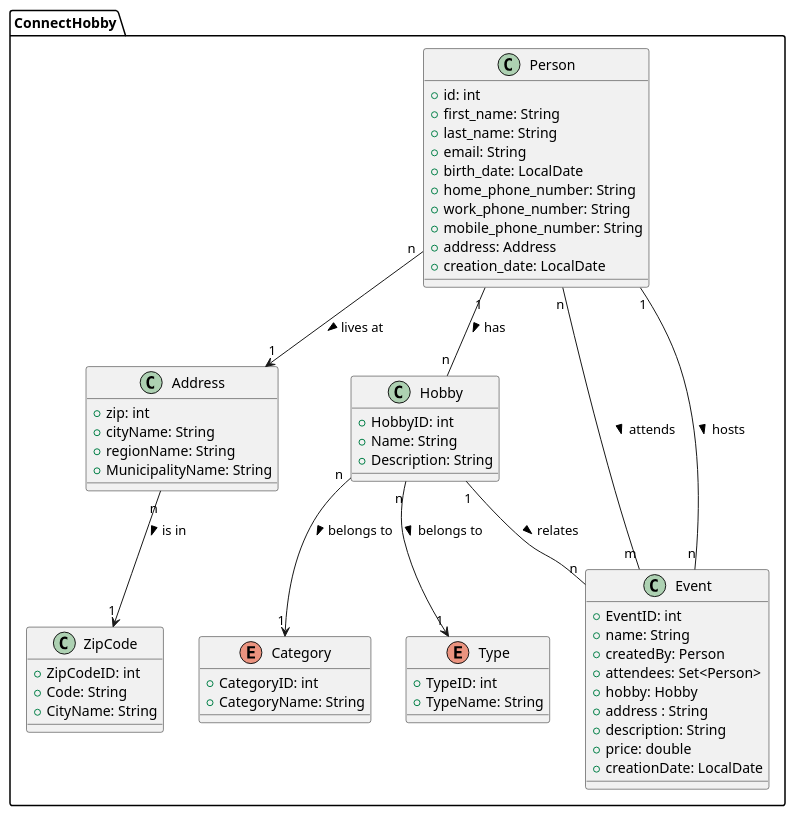
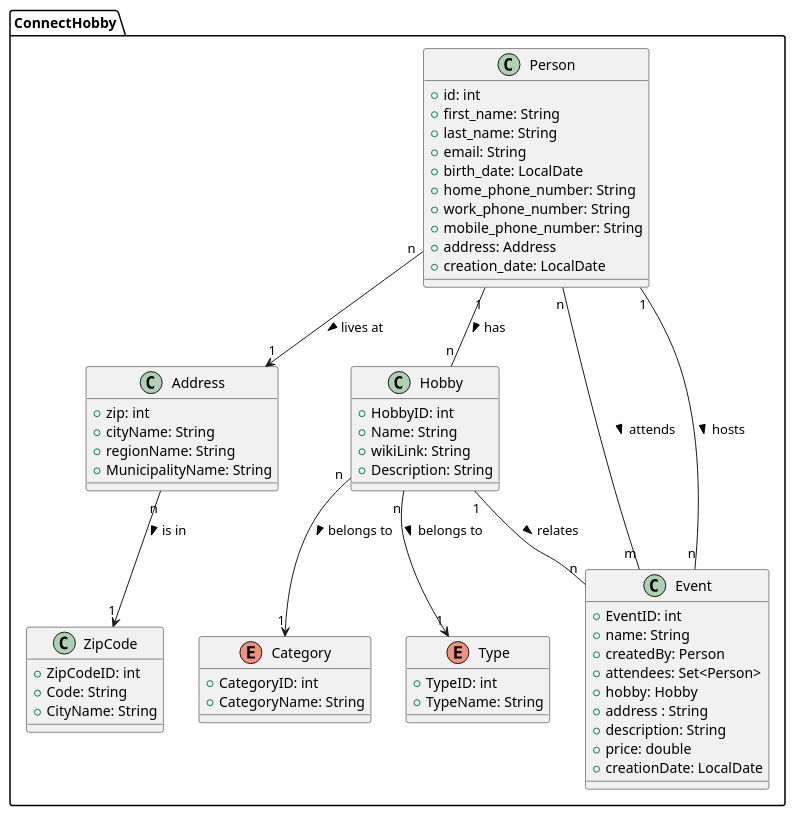
Before and after one commit to Peter537/Dat3-SP1: the diagram in DomainModel.puml, drawn with PlantUML.

Commit message:
domain model changes + changes in event

```diff
--- a/DomainModel.puml
+++ b/DomainModel.puml
@@ -1,70 +1,71 @@
 @startuml
 package ConnectHobby {
   class Person {
      + id: int
      + first_name: String
      + last_name: String
      + email: String
      + birth_date: LocalDate
      + home_phone_number: String
      + work_phone_number: String
      + mobile_phone_number: String
      + address: Address
      + creation_date: LocalDate
 
 
   }
 
   class Address {
      + zip: int
      + cityName: String
      + regionName: String
      + MunicipalityName: String
   }
 
   class ZipCode {
      + ZipCodeID: int
      + Code: String
      + CityName: String
   }
 
   class Hobby {
      + HobbyID: int
      + Name: String
+     + wikiLink: String
      + Description: String
   }
 
   enum Category {
      + CategoryID: int
      + CategoryName: String
   }
 
   enum Type {
      + TypeID: int
      + TypeName: String
   }
 
   class Event {
      + EventID: int
      + name: String
      + createdBy: Person
      + attendees: Set<Person>
      + hobby: Hobby
      + address : String
      + description: String
      + price: double
      + creationDate: LocalDate
 
   }
 
 
   Person "n" --> "1" Address : lives at >
   Address "n" --> "1" ZipCode : is in >
   Person "1" -- "n" Hobby : has >
   Hobby "n" --> "1" Category : belongs to >
   Hobby "n" --> "1" Type : belongs to >
   Person "n" -- "m" Event : attends >
   Person "1" -- "n" Event : hosts >
   Hobby "1" -- "n" Event : relates >
 }
 @enduml
```
